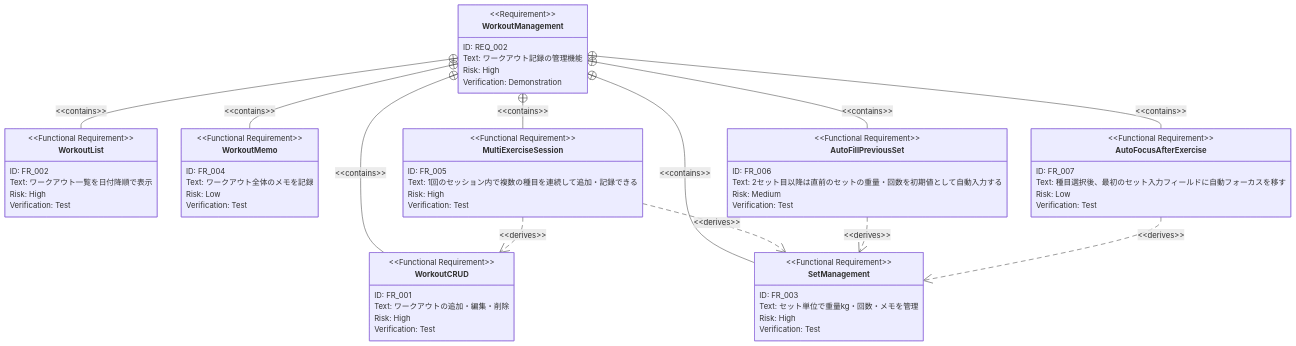
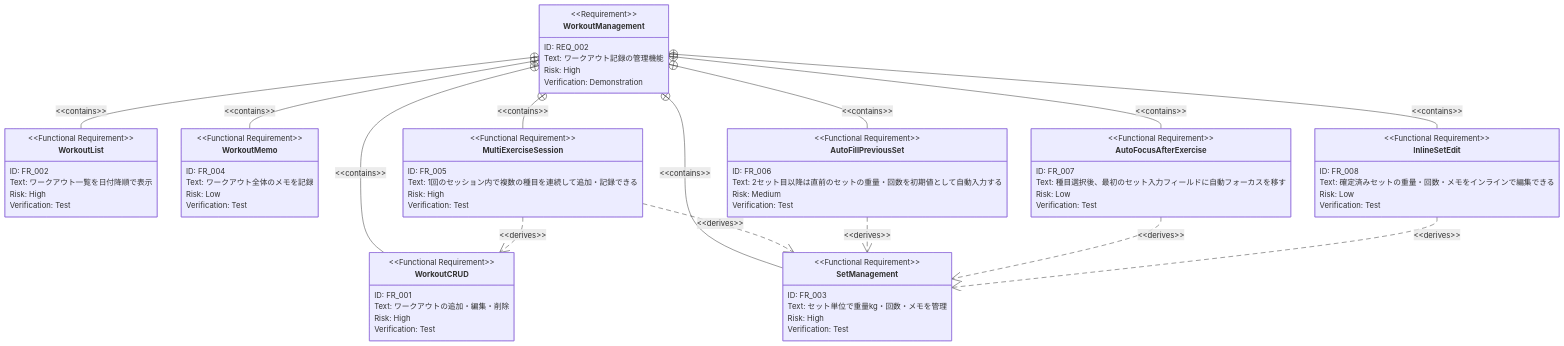
Before and after one commit to SakumaTakuya/gymini: the second of 2 diagrams in .sdd/requirement/workout/index.md, drawn with Mermaid. The commit also changed other lines of this file and 3 other files, not shown here.

First line of the commit message:
Add inline set edit and design system

````diff
--- a/.sdd/requirement/workout/index.md
+++ b/.sdd/requirement/workout/index.md
@@ -54,70 +54,80 @@
 ```mermaid
 requirementDiagram
     requirement WorkoutManagement {
         id: REQ_002
         text: "ワークアウト記録の管理機能"
         risk: high
         verifymethod: demonstration
     }
 
     functionalRequirement WorkoutCRUD {
         id: FR_001
         text: "ワークアウトの追加・編集・削除"
         risk: high
         verifymethod: test
     }
 
     functionalRequirement WorkoutList {
         id: FR_002
         text: "ワークアウト一覧を日付降順で表示"
         risk: high
         verifymethod: test
     }
 
     functionalRequirement SetManagement {
         id: FR_003
         text: "セット単位で重量kg・回数・メモを管理"
         risk: high
         verifymethod: test
     }
 
     functionalRequirement WorkoutMemo {
         id: FR_004
         text: "ワークアウト全体のメモを記録"
         risk: low
         verifymethod: test
     }
 
     functionalRequirement MultiExerciseSession {
         id: FR_005
         text: "1回のセッション内で複数の種目を連続して追加・記録できる"
         risk: high
         verifymethod: test
     }
 
     functionalRequirement AutoFillPreviousSet {
         id: FR_006
         text: "2セット目以降は直前のセットの重量・回数を初期値として自動入力する"
         risk: medium
         verifymethod: test
     }
 
     functionalRequirement AutoFocusAfterExercise {
         id: FR_007
         text: "種目選択後、最初のセット入力フィールドに自動フォーカスを移す"
         risk: low
         verifymethod: test
     }
 
     WorkoutManagement - contains -> WorkoutCRUD
     WorkoutManagement - contains -> WorkoutList
     WorkoutManagement - contains -> SetManagement
     WorkoutManagement - contains -> WorkoutMemo
     WorkoutManagement - contains -> MultiExerciseSession
     WorkoutManagement - contains -> AutoFillPreviousSet
     WorkoutManagement - contains -> AutoFocusAfterExercise
     MultiExerciseSession - derives -> WorkoutCRUD
     MultiExerciseSession - derives -> SetManagement
     AutoFillPreviousSet - derives -> SetManagement
     AutoFocusAfterExercise - derives -> SetManagement
+
+    functionalRequirement InlineSetEdit {
+        id: FR_008
+        text: "確定済みセットの重量・回数・メモをインラインで編集できる"
+        risk: low
+        verifymethod: test
+    }
+
+    WorkoutManagement - contains -> InlineSetEdit
+    InlineSetEdit - derives -> SetManagement
 ```
````
